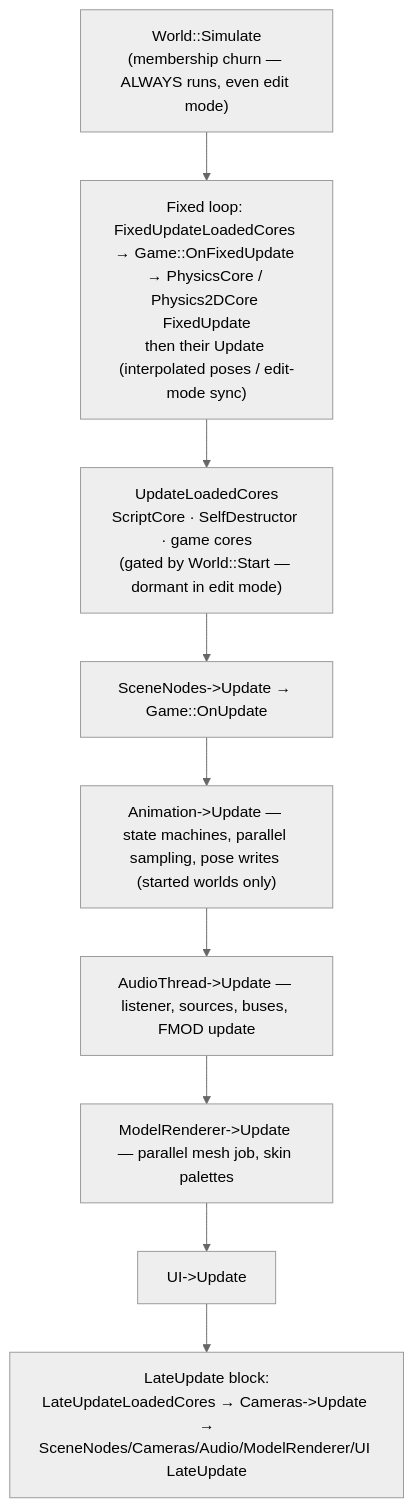
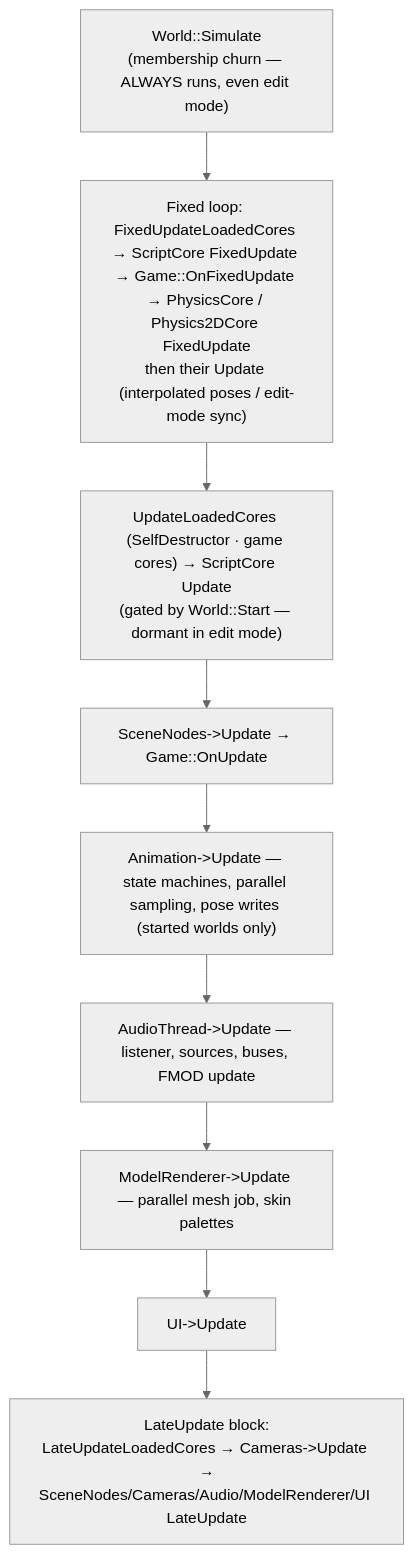
The diagram in Docs/Cores-and-Components-Reference.md (wobbier/MitchEngine), drawn with Mermaid (neutral theme) before and after one commit. The commit also changed other lines of this file and 6 other files, not shown here.

````diff
--- a/Docs/Cores-and-Components-Reference.md
+++ b/Docs/Cores-and-Components-Reference.md
@@ -31,11 +31,11 @@
 ```mermaid
 flowchart TD
-    A["World::Simulate<br/>(membership churn — ALWAYS runs, even edit mode)"] --> P["Fixed loop: FixedUpdateLoadedCores → Game::OnFixedUpdate → PhysicsCore / Physics2DCore FixedUpdate<br/>then their Update (interpolated poses / edit-mode sync)"]
-    P --> B["UpdateLoadedCores<br/>ScriptCore · SelfDestructor · game cores<br/>(gated by World::Start — dormant in edit mode)"]
+    A["World::Simulate<br/>(membership churn — ALWAYS runs, even edit mode)"] --> P["Fixed loop: FixedUpdateLoadedCores → ScriptCore FixedUpdate → Game::OnFixedUpdate → PhysicsCore / Physics2DCore FixedUpdate<br/>then their Update (interpolated poses / edit-mode sync)"]
+    P --> B["UpdateLoadedCores (SelfDestructor · game cores) → ScriptCore Update<br/>(gated by World::Start — dormant in edit mode)"]
     B --> C["SceneNodes->Update → Game::OnUpdate"]
     C --> D2["Animation->Update — state machines, parallel sampling, pose writes (started worlds only)"]
     D2 --> D["AudioThread->Update — listener, sources, buses, FMOD update"]
     D --> E["ModelRenderer->Update — parallel mesh job, skin palettes"]
     E --> F["UI->Update"]
     F --> G["LateUpdate block:<br/>LateUpdateLoadedCores → Cameras->Update →<br/>SceneNodes/Cameras/Audio/ModelRenderer/UI LateUpdate"]
 ```
````
